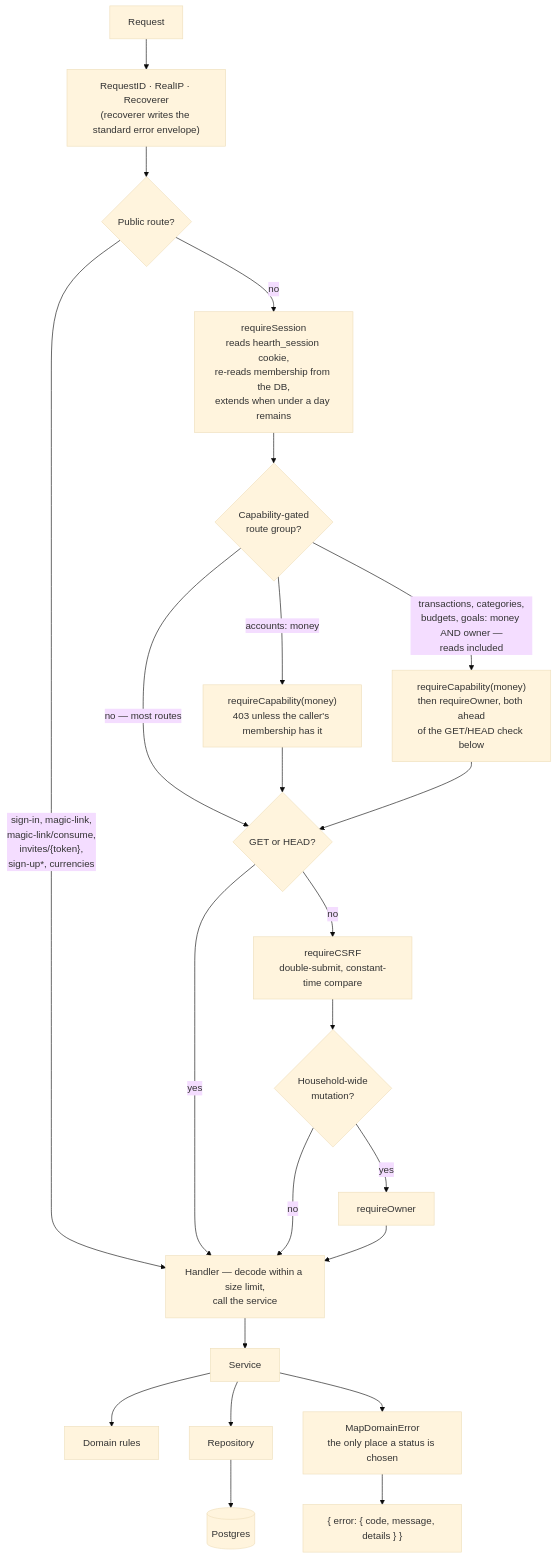
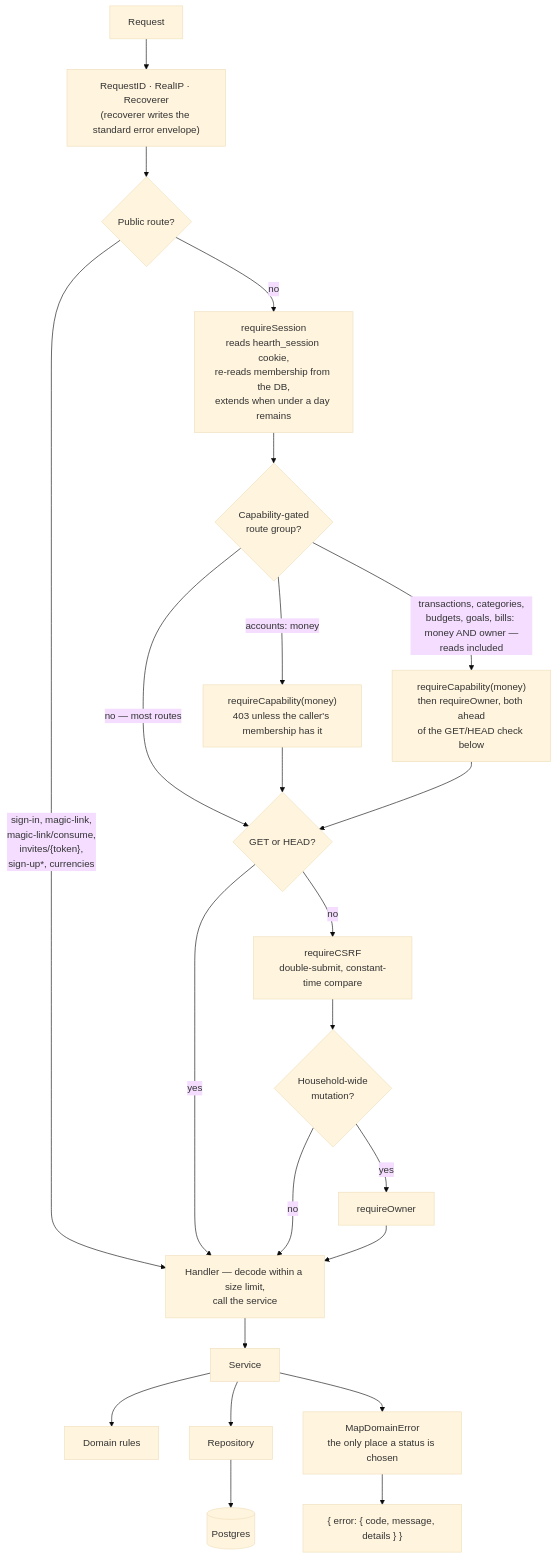
The third of 14 diagrams in docs/SYSTEM_DESIGN.md (oandrz/Household), drawn with Mermaid (base theme) before and after one commit. The commit also changed other lines of this file and 3 other files, not shown here.

````diff
--- a/docs/SYSTEM_DESIGN.md
+++ b/docs/SYSTEM_DESIGN.md
@@ -198,29 +205,29 @@
 ```mermaid
 graph TD
     Req["Request"] --> RID["RequestID · RealIP · Recoverer<br/>(recoverer writes the standard error envelope)"]
     RID --> Public{"Public route?"}
 
     Public -->|"sign-in, magic-link,<br/>magic-link/consume,<br/>invites/{token},<br/>sign-up*, currencies"| Handler
     Public -->|no| Session["requireSession<br/>reads hearth_session cookie,<br/>re-reads membership from the DB,<br/>extends when under a day remains"]
 
     Session --> Cap{"Capability-gated<br/>route group?"}
     Cap -->|"accounts: money"| RequireCap["requireCapability(money)<br/>403 unless the caller's membership has it"]
-    Cap -->|"transactions, categories,<br/>budgets, goals: money AND owner —<br/>reads included"| RequireCapTxn["requireCapability(money)<br/>then requireOwner, both ahead<br/>of the GET/HEAD check below"]
+    Cap -->|"transactions, categories,<br/>budgets, goals, bills: money AND owner —<br/>reads included"| RequireCapTxn["requireCapability(money)<br/>then requireOwner, both ahead<br/>of the GET/HEAD check below"]
     Cap -->|"no — most routes"| Safe{"GET or HEAD?"}
     RequireCap --> Safe
     RequireCapTxn --> Safe
     Safe -->|yes| Handler
     Safe -->|no| CSRF["requireCSRF<br/>double-submit, constant-time compare"]
 
     CSRF --> Owner{"Household-wide<br/>mutation?"}
     Owner -->|yes| RequireOwner["requireOwner"]
     Owner -->|no| Handler
     RequireOwner --> Handler
 
     Handler["Handler — decode within a size limit,<br/>call the service"] --> Service["Service"]
     Service --> Domain["Domain rules"]
     Service --> Repo["Repository"]
     Repo --> DB[("Postgres")]
     Service --> MapErr["MapDomainError<br/>the only place a status is chosen"]
     MapErr --> Resp["{ error: { code, message, details } }"]
 ```
````
